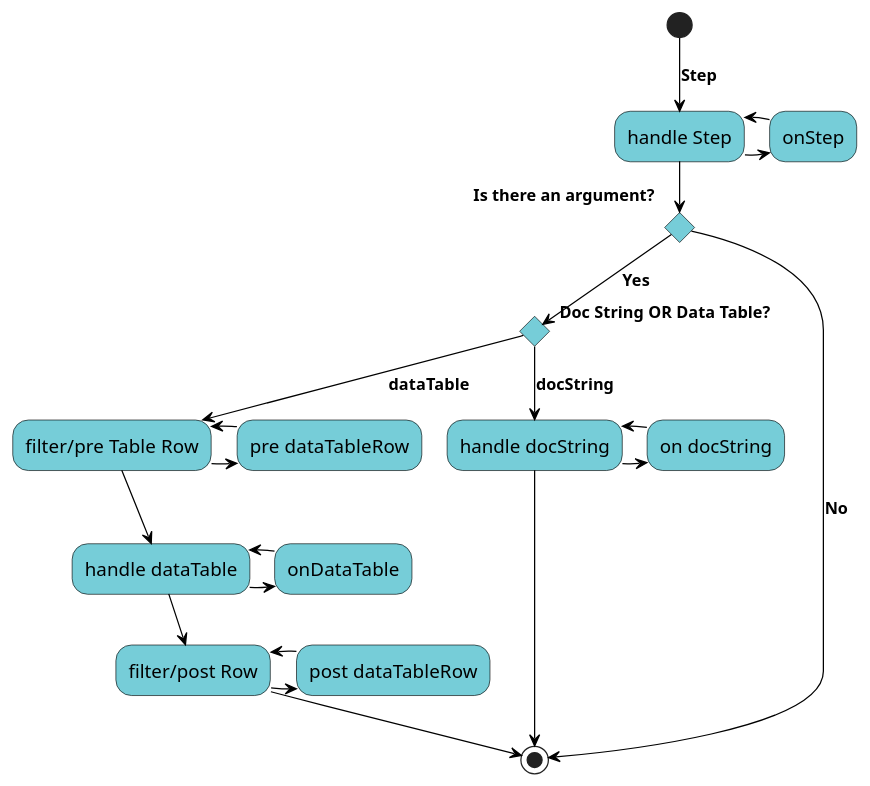
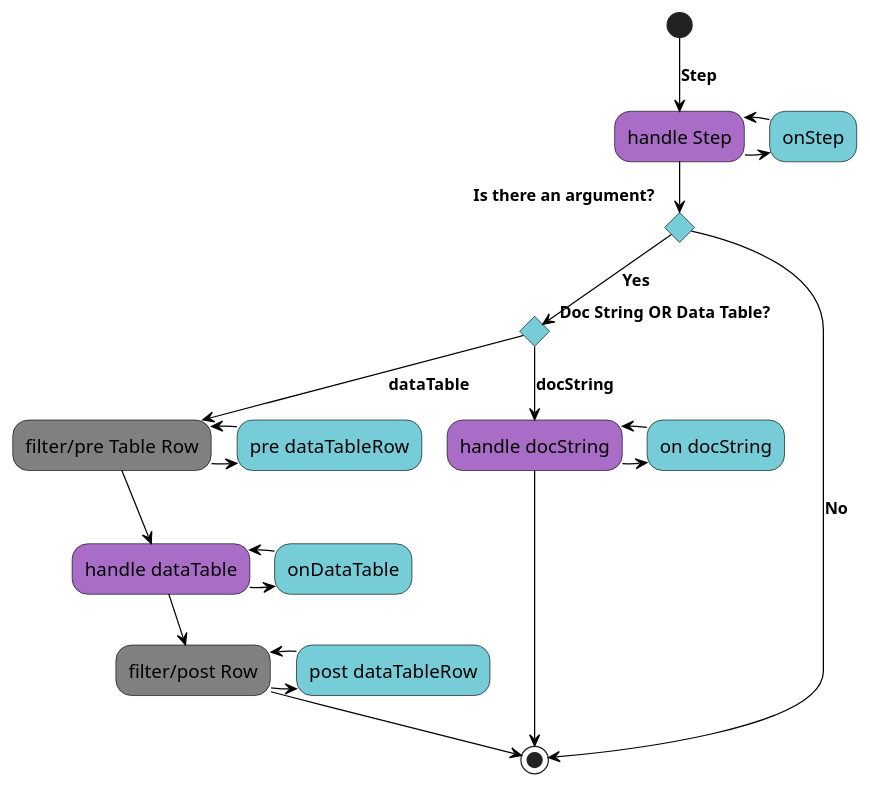
The diagram in src/data/step.puml (gherking/gherking-docs), drawn with PlantUML before and after one commit. The commit also changed 10 other files, not shown here.

Commit message:
plantuml visualization of the precompiler

```diff
--- a/src/data/step.puml
+++ b/src/data/step.puml
@@ -1,35 +1,38 @@
 @startuml
 skinparam activity {
 BackgroundColor #76CDD8
+BackgroundColor<<apply>> #80DA2B
+BackgroundColor<<filter>> #808080
+BackgroundColor<<handle>> #AA6DC7
 ArrowColor black
 ArrowFontSize 13
 ArrowFontStyle bold
 ArrowFontName Segoe UI
 BorderColor black
 FontName Segoe UI
 FontSize 15
 }
-(*) -->[Step] "handle Step"
+(*) -->[Step] "handle Step"<<handle>>
 -right-> "onStep"
--left-> "handle Step"
+-left-> "handle Step"<<handle>>
 If "Is there an argument?"
 --> [Yes] If "Doc String OR Data Table?"
-	-->[docString] "handle docString"
+	-->[docString] "handle docString"<<handle>>
 	-right-> "on docString"
-	-left-> "handle docString"
+	-left-> "handle docString"<<handle>>
 	--> (*)
 	else
 	--> [dataTable] "filter/pre Table Row"
 	-right-> "pre dataTableRow"
-	-left-> "filter/pre Table Row"
-	--> "handle dataTable"
+	-left-> "filter/pre Table Row"<<filter>>
+	--> "handle dataTable"<<handle>>
 	-right-> "onDataTable"
-	-left-> "handle dataTable"
+	-left-> "handle dataTable"<<handle>>
 	--> "filter/post Row"
 	-right-> "post dataTableRow"
-	-left-> "filter/post Row"
+	-left-> "filter/post Row"<<filter>>
 	--> (*)
 endif
 else
 -->[No] (*)
 @enduml
```
